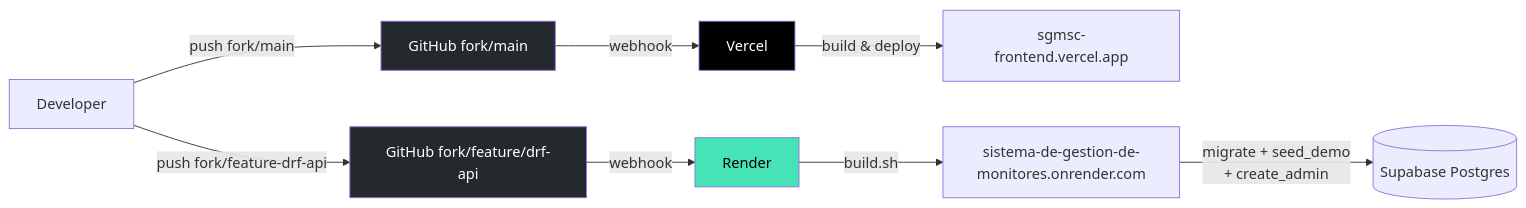
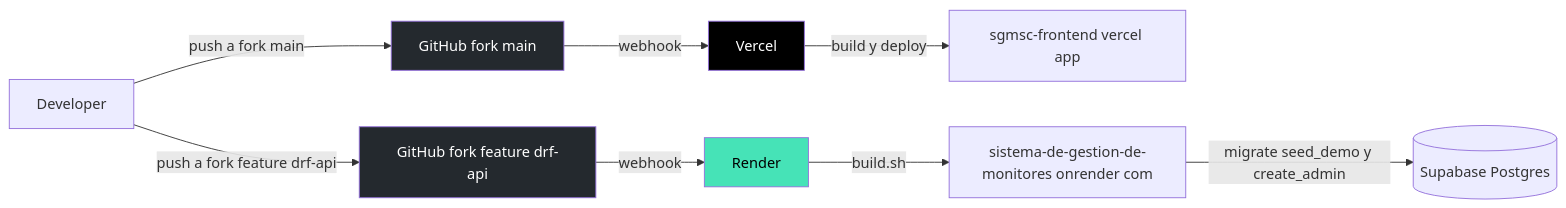
The tenth of 10 diagrams in README.md (FilipaoVfx/Sistema-de-gestion-de-monitores), drawn with Mermaid before and after one commit. The commit also changed other lines of this file, not shown here.

Commit message:
docs(readme): sanitiza diagramas Mermaid para GitHub renderer

````diff
--- a/README.md
+++ b/README.md
@@ -768,15 +766,15 @@
 ```mermaid
 flowchart LR
-    Dev[Developer] -->|push fork/main| GH1[GitHub fork/main]
-    Dev -->|push fork/feature-drf-api| GH2[GitHub fork/feature/drf-api]
+    Dev[Developer] -->|push a fork main| GH1[GitHub fork main]
+    Dev -->|push a fork feature drf-api| GH2[GitHub fork feature drf-api]
     GH1 -->|webhook| V[Vercel]
     GH2 -->|webhook| R[Render]
-    V -->|build & deploy| SPA[sgmsc-frontend.vercel.app]
-    R -->|build.sh| BE[sistema-de-gestion-de-monitores.onrender.com]
-    BE -->|migrate + seed_demo<br/>+ create_admin| SUP[(Supabase Postgres)]
+    V -->|build y deploy| SPA[sgmsc-frontend vercel app]
+    R -->|build.sh| BE[sistema-de-gestion-de-monitores onrender com]
+    BE -->|migrate seed_demo y create_admin| SUP[(Supabase Postgres)]
 
     style V fill:#000,color:#fff
     style R fill:#46e3b7,color:#000
     style GH1 fill:#24292e,color:#fff
     style GH2 fill:#24292e,color:#fff
 ```
````
